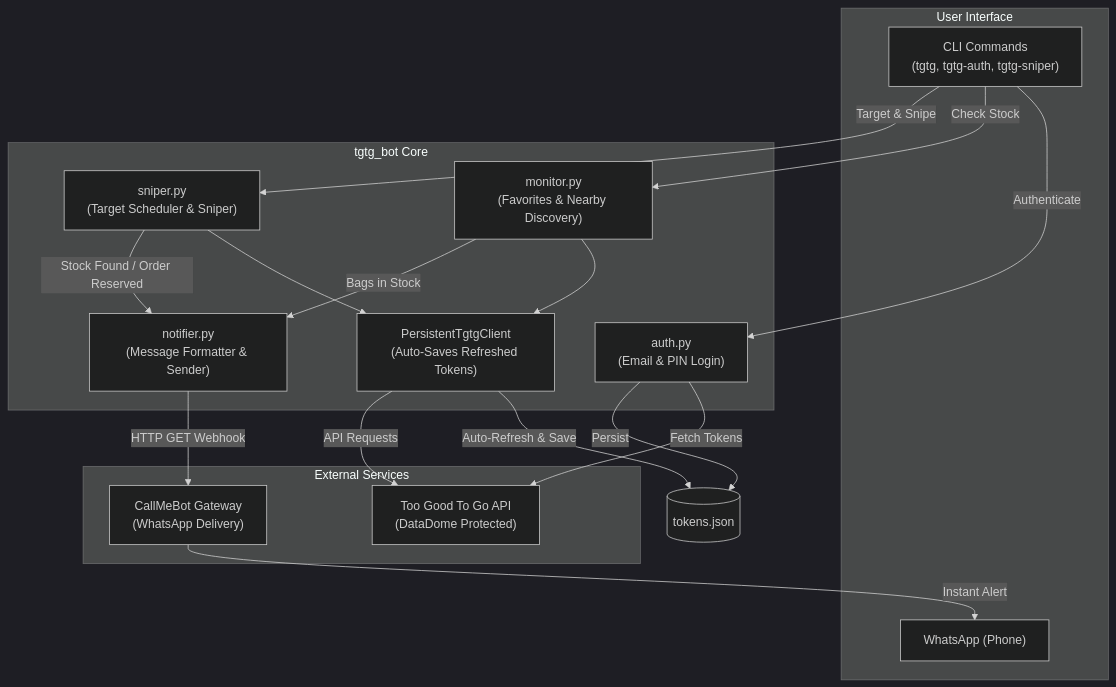
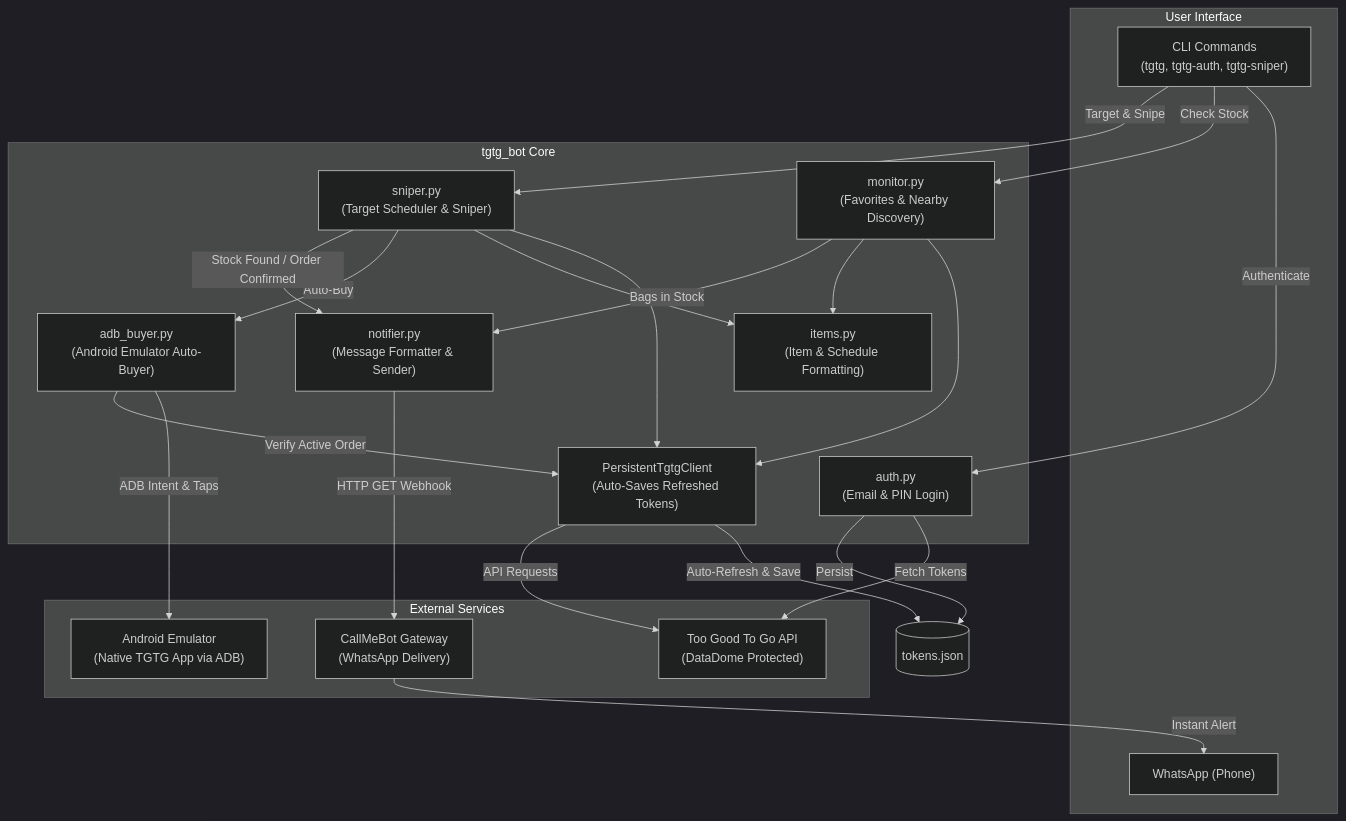
One commit to felix1028/tgtg changed the diagram in README.md. Above: the diagram before and after it, drawn with Mermaid (dark theme). The commit also changed other lines of this file and 15 other files, not shown here.

First line of the commit message:
feat: add ADB native auto-buyer, multi-target quota sniping, caffeinate lock, and test suite

````diff
--- a/README.md
+++ b/README.md
@@ -9,37 +9,45 @@
 ```mermaid
 flowchart TD
     subgraph User["User Interface"]
         CLI["CLI Commands\n(tgtg, tgtg-auth, tgtg-sniper)"]
         WA["WhatsApp (Phone)"]
     end
 
     subgraph Bot["tgtg_bot Core"]
         Auth["auth.py\n(Email & PIN Login)"]
         Monitor["monitor.py\n(Favorites & Nearby Discovery)"]
         Sniper["sniper.py\n(Target Scheduler & Sniper)"]
+        AdbBuyer["adb_buyer.py\n(Android Emulator Auto-Buyer)"]
+        Items["items.py\n(Item & Schedule Formatting)"]
         Notifier["notifier.py\n(Message Formatter & Sender)"]
         Client["PersistentTgtgClient\n(Auto-Saves Refreshed Tokens)"]
     end
 
     subgraph External["External Services"]
         TGTG_API["Too Good To Go API\n(DataDome Protected)"]
+        Emulator["Android Emulator\n(Native TGTG App via ADB)"]
         CallMeBot["CallMeBot Gateway\n(WhatsApp Delivery)"]
     end
 
     CLI -->|Authenticate| Auth
     CLI -->|Check Stock| Monitor
     CLI -->|Target & Snipe| Sniper
 
     Auth -->|Fetch Tokens| TGTG_API
     Auth -->|Persist| TokensFile[("tokens.json")]
 
     Monitor --> Client
+    Monitor --> Items
     Sniper --> Client
+    Sniper --> Items
+    Sniper -->|Auto-Buy| AdbBuyer
+    AdbBuyer -->|ADB Intent & Taps| Emulator
+    AdbBuyer -->|Verify Active Order| Client
     Client -->|Auto-Refresh & Save| TokensFile
     Client -->|API Requests| TGTG_API
 
-    Sniper -->|Stock Found / Order Reserved| Notifier
+    Sniper -->|Stock Found / Order Confirmed| Notifier
     Monitor -->|Bags in Stock| Notifier
     Notifier -->|HTTP GET Webhook| CallMeBot
     CallMeBot -->|Instant Alert| WA
 ```
````
